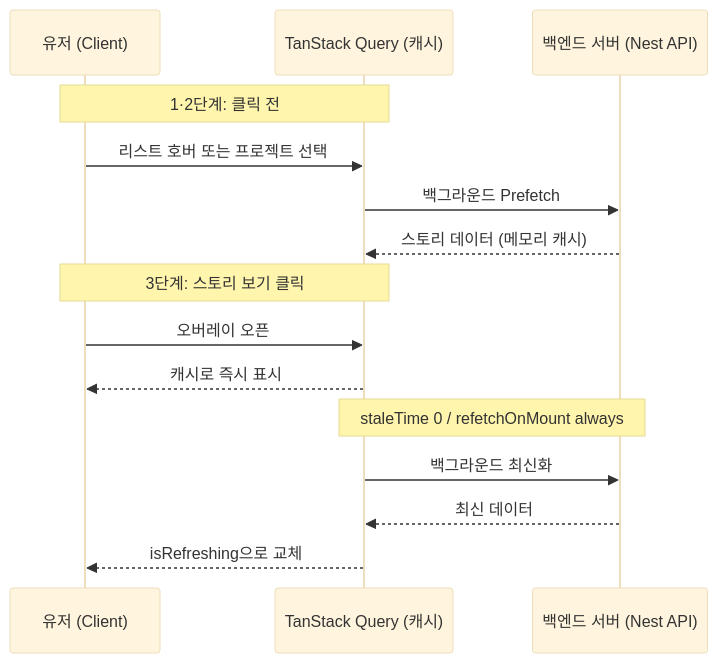
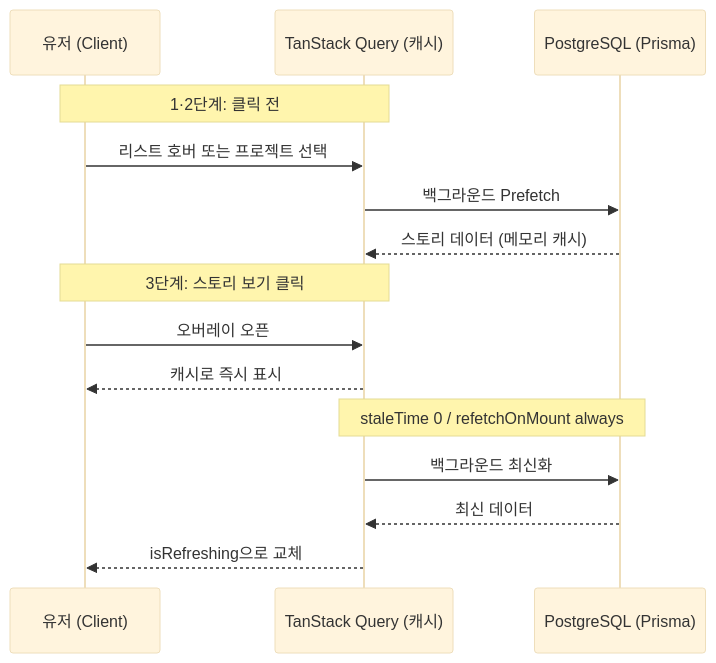
Before and after one commit to Louis-jk/portfolio: the third of 7 diagrams in README.md, drawn with Mermaid (base theme). The commit also changed other lines of this file and 56 other files, not shown here.

First line of the commit message:
feat(data): migrate from Nest API to Prisma direct and add story Realtime

````diff
--- a/README.md
+++ b/README.md
@@ -151,17 +191,17 @@
 ```mermaid
 sequenceDiagram
   participant User as 유저 (Client)
   participant Cache as TanStack Query (캐시)
-  participant API as 백엔드 서버 (Nest API)
+  participant API as PostgreSQL (Prisma)
   Note over User, Cache: 1·2단계: 클릭 전
   User->>Cache: 리스트 호버 또는 프로젝트 선택
   Cache->>API: 백그라운드 Prefetch
   API-->>Cache: 스토리 데이터 (메모리 캐시)
   Note over User, Cache: 3단계: 스토리 보기 클릭
   User->>Cache: 오버레이 오픈
   Cache-->>User: 캐시로 즉시 표시
   Note over Cache, API: staleTime 0 / refetchOnMount always
   Cache->>API: 백그라운드 최신화
   API-->>Cache: 최신 데이터
   Cache-->>User: isRefreshing으로 교체
 ```
````
